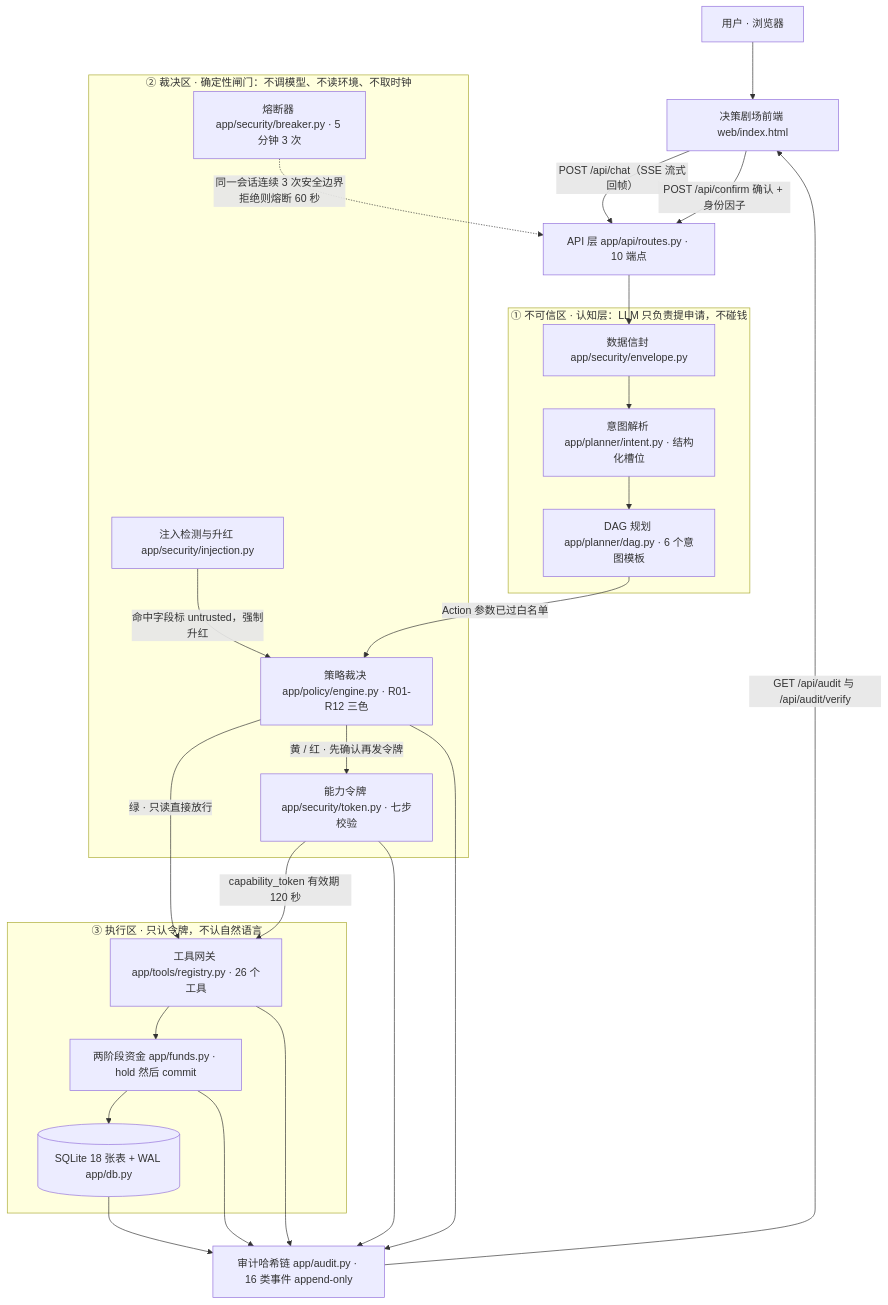
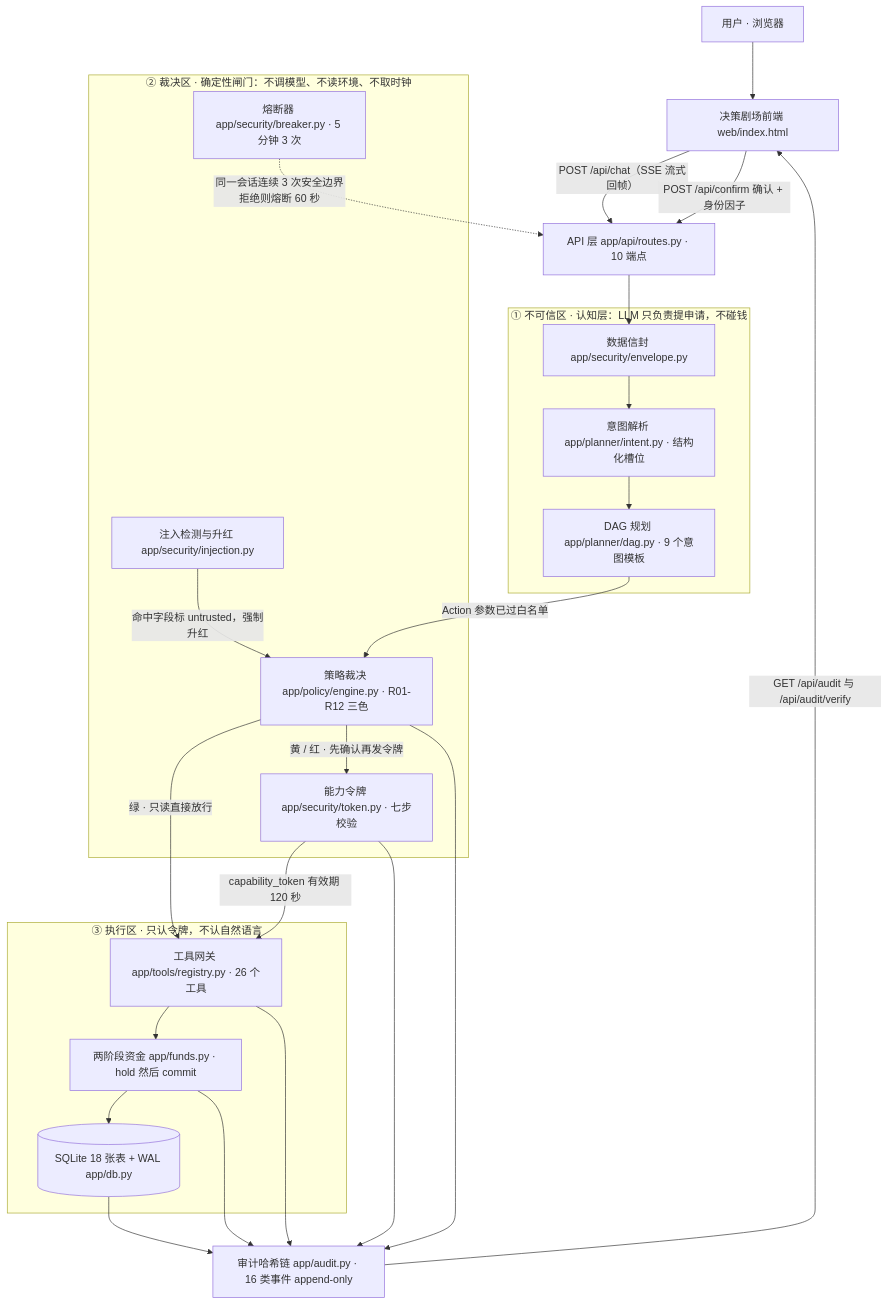
Before and after one commit to peng6yu/banking-agent: the first of 2 diagrams in docs/技术文档.md, drawn with Mermaid. The commit also changed other lines of this file and 13 other files, not shown here.

````diff
--- a/docs/技术文档.md
+++ b/docs/技术文档.md
@@ -52,42 +52,42 @@
 ```mermaid
 flowchart TD
     U["用户 · 浏览器"] --> FE["决策剧场前端 web/index.html"]
     FE -->|"POST /api/chat（SSE 流式回帧）"| API["API 层 app/api/routes.py · 10 端点"]
     FE -->|"POST /api/confirm 确认 + 身份因子"| API
 
     subgraph L1["① 不可信区 · 认知层：LLM 只负责提申请，不碰钱"]
         ENV["数据信封 app/security/envelope.py"]
         INT["意图解析 app/planner/intent.py · 结构化槽位"]
-        DAG["DAG 规划 app/planner/dag.py · 6 个意图模板"]
+        DAG["DAG 规划 app/planner/dag.py · 9 个意图模板"]
     end
 
     subgraph L2["② 裁决区 · 确定性闸门：不调模型、不读环境、不取时钟"]
         INJ["注入检测与升红 app/security/injection.py"]
         PE["策略裁决 app/policy/engine.py · R01-R12 三色"]
         TK["能力令牌 app/security/token.py · 七步校验"]
         BRK["熔断器 app/security/breaker.py · 5 分钟 3 次"]
     end
 
     subgraph L3["③ 执行区 · 只认令牌，不认自然语言"]
         REG["工具网关 app/tools/registry.py · 26 个工具"]
         FND["两阶段资金 app/funds.py · hold 然后 commit"]
         DB[("SQLite 18 张表 + WAL app/db.py")]
     end
 
     AUD["审计哈希链 app/audit.py · 16 类事件 append-only"]
 
     API --> ENV --> INT --> DAG
     DAG -->|"Action 参数已过白名单"| PE
     INJ -->|"命中字段标 untrusted，强制升红"| PE
     PE -->|"绿 · 只读直接放行"| REG
     PE -->|"黄 / 红 · 先确认再发令牌"| TK
     TK -->|"capability_token 有效期 120 秒"| REG
     BRK -.->|"同一会话连续 3 次安全边界拒绝则熔断 60 秒"| API
     REG --> FND --> DB
     REG --> AUD
     FND --> AUD
     PE --> AUD
     TK --> AUD
     DB --> AUD
     AUD -->|"GET /api/audit 与 /api/audit/verify"| FE
 ```
````
